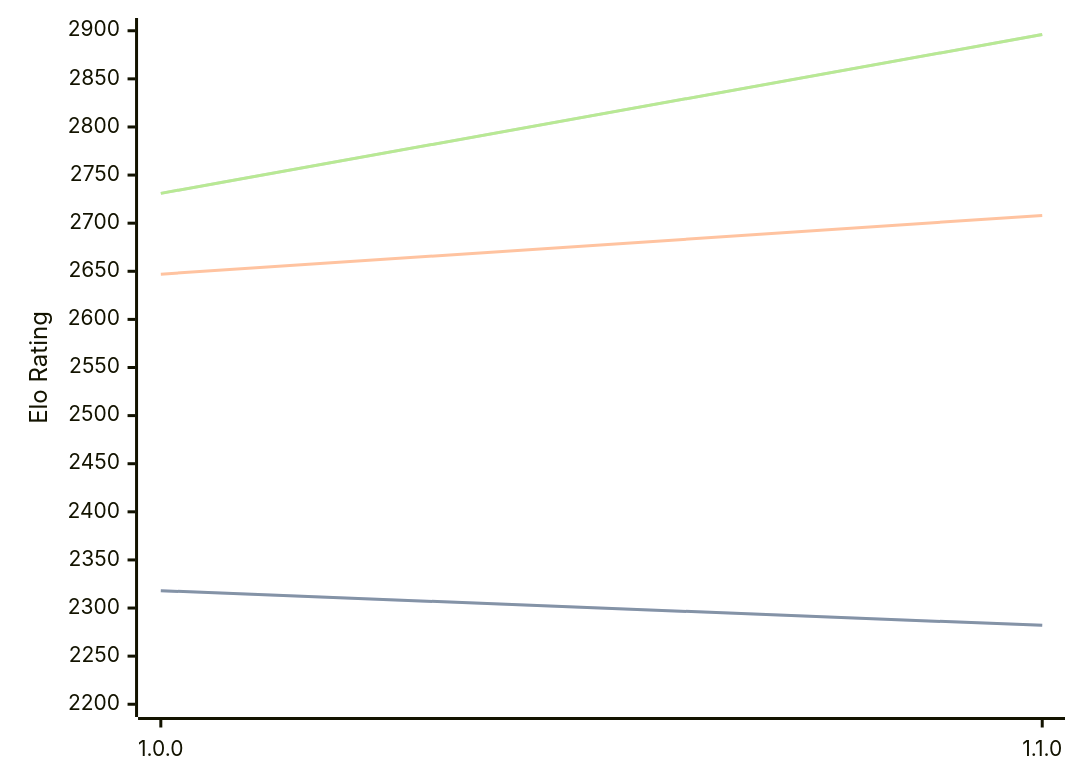
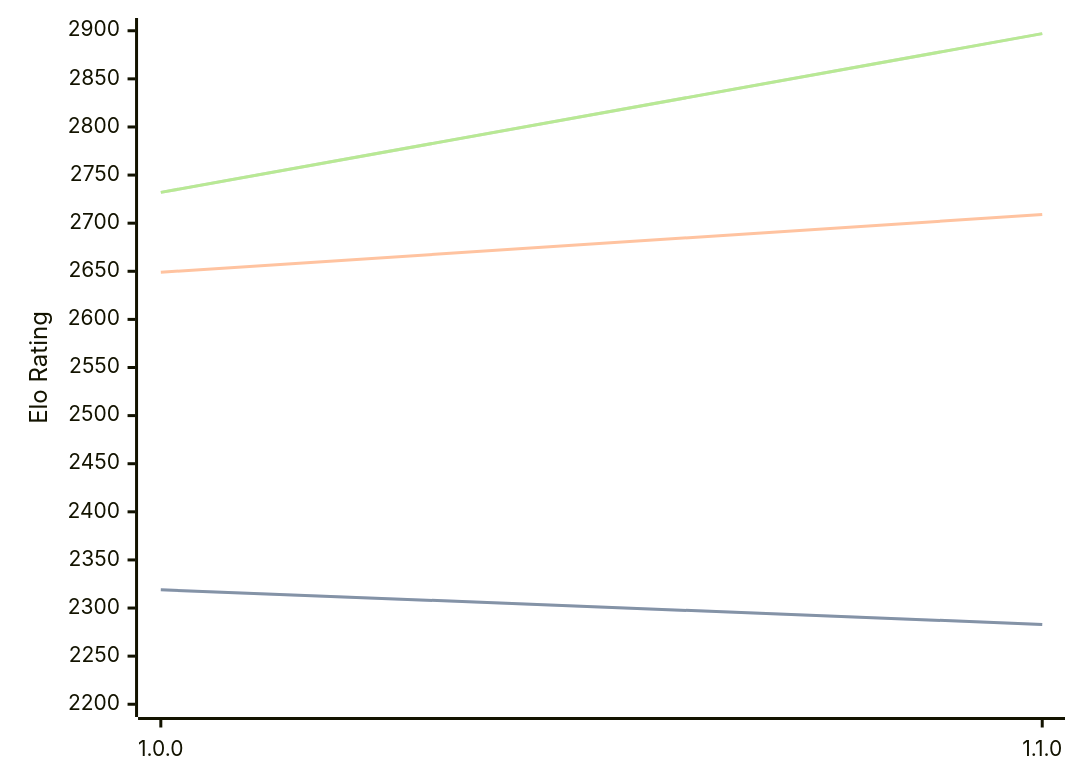
One commit to computer-chess-index/cci changed the first of 3 diagrams in engines/ShallowGuess.md. Above: the diagram before and after it, drawn with Mermaid. The commit also changed other lines of this file, not shown here.

Commit message:
Update CCI Ratings (ELO VLTC) - 2026-06-30

````diff
--- a/engines/ShallowGuess.md
+++ b/engines/ShallowGuess.md
@@ -36,11 +36,11 @@
 ```mermaid
 %%{init: {"theme":"base","themeVariables":{"seriesColors:['#a3a3a3','#222221','#faa371']}}}%%
 xychart-beta
   x-axis ["1.0.0", "1.1.0"]
   y-axis "Elo Rating" 2200 --> 2900
-  line "STC (8.0+0.08s)" [2318, 2282]
-  line "STC (8.0+0.08s)" [2318, 2282]
-  line "LTC (60.0+0.60s)" [2647, 2708]
-  line "VLTC (2m24s+1.12s)" [2731, 2896]
-  line "VLTC (2m24s+1.12s)" [2731, 2896]
+  line "STC (8.0+0.08s)" [2319, 2283]
+  line "STC (8.0+0.08s)" [2319, 2283]
+  line "LTC (60.0+0.60s)" [2649, 2709]
+  line "VLTC (2m24s+1.12s)" [2732, 2897]
+  line "VLTC (2m24s+1.12s)" [2732, 2897]
 ```
````
